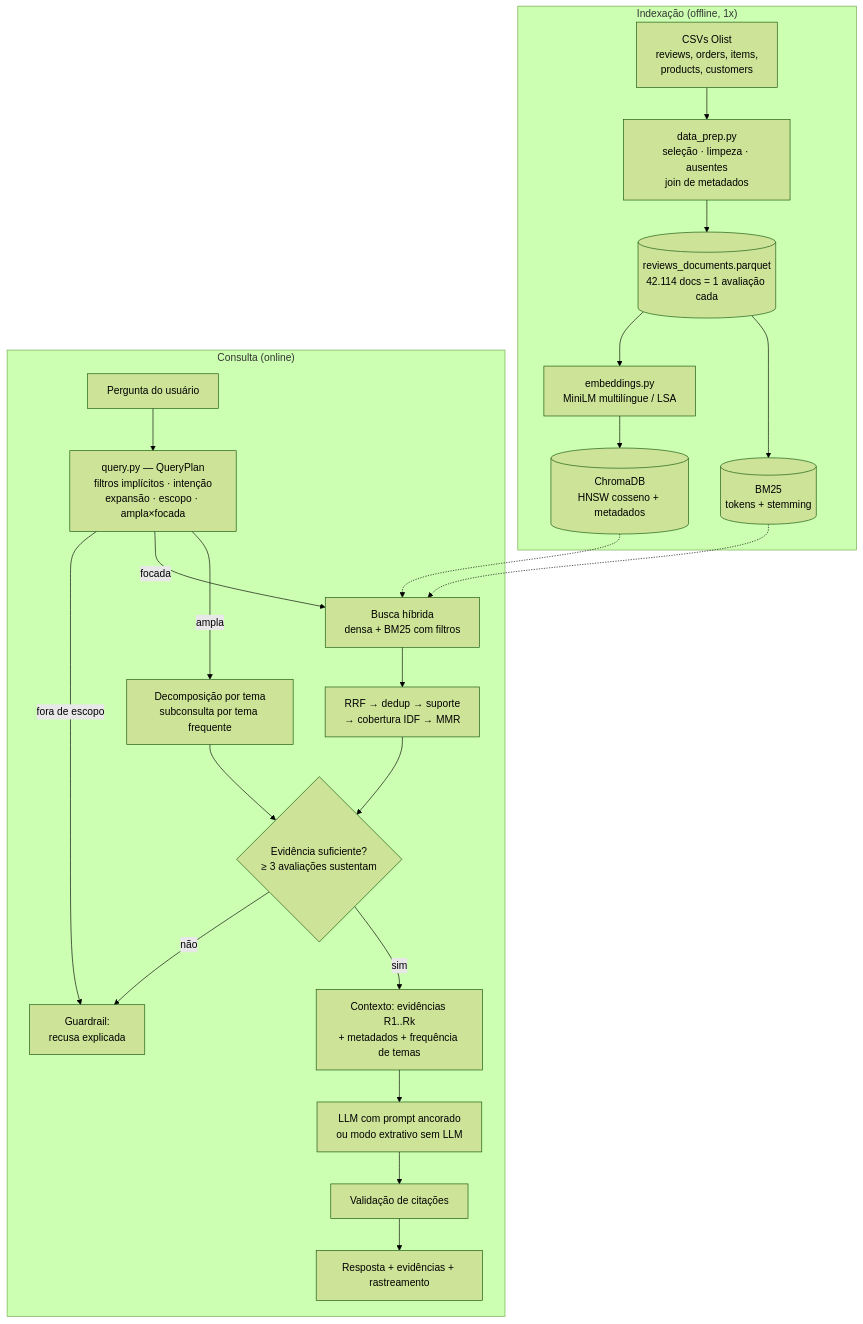
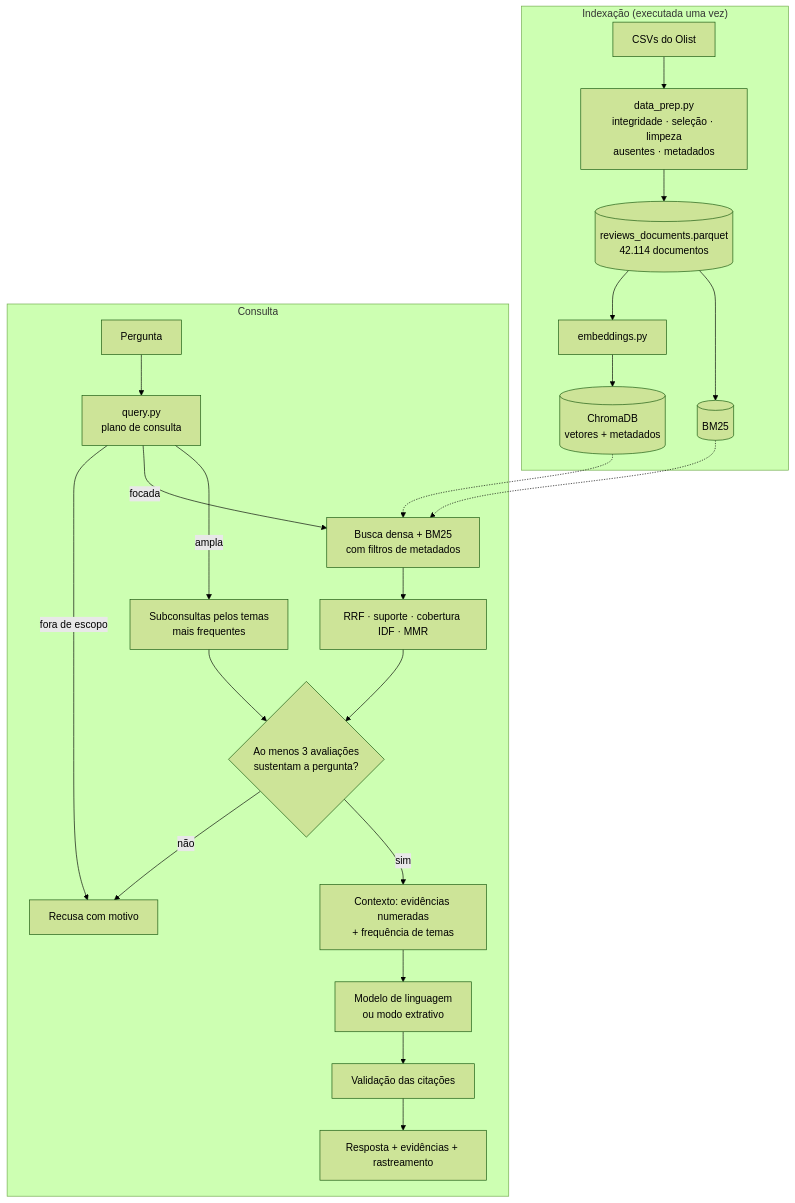
One commit to Reis-Bruno/tech-challenge-fase-4 changed the diagram in README.md. Above: the diagram before and after it, drawn with Mermaid (forest theme). The commit also changed other lines of this file and 13 other files, not shown here.

````diff
--- a/README.md
+++ b/README.md
@@ -32,27 +55,27 @@
 ```mermaid
 flowchart TD
-    subgraph OFF["Indexação (offline, 1x)"]
-        A[CSVs Olist<br/>reviews, orders, items,<br/>products, customers] --> B[data_prep.py<br/>seleção · limpeza · ausentes<br/>join de metadados]
-        B --> C[(reviews_documents.parquet<br/>42.114 docs = 1 avaliação cada)]
-        C --> D[embeddings.py<br/>MiniLM multilíngue / LSA]
-        D --> E[(ChromaDB<br/>HNSW cosseno + metadados)]
-        C --> F[(BM25<br/>tokens + stemming)]
+    subgraph OFF["Indexação (executada uma vez)"]
+        A[CSVs do Olist] --> B[data_prep.py<br/>integridade · seleção · limpeza<br/>ausentes · metadados]
+        B --> C[(reviews_documents.parquet<br/>42.114 documentos)]
+        C --> D[embeddings.py]
+        D --> E[(ChromaDB<br/>vetores + metadados)]
+        C --> F[(BM25)]
     end
 
-    subgraph ON["Consulta (online)"]
-        Q[Pergunta do usuário] --> P[query.py — QueryPlan<br/>filtros implícitos · intenção<br/>expansão · escopo · ampla×focada]
-        P -->|fora de escopo| X[Guardrail:<br/>recusa explicada]
-        P -->|focada| H[Busca híbrida<br/>densa + BM25 com filtros]
-        H --> R[RRF → dedup → suporte<br/>→ cobertura IDF → MMR]
-        P -->|ampla| T[Decomposição por tema<br/>subconsulta por tema frequente]
-        R --> S{Evidência suficiente?<br/>≥ 3 avaliações sustentam}
+    subgraph ON["Consulta"]
+        Q[Pergunta] --> P[query.py<br/>plano de consulta]
+        P -->|fora de escopo| X[Recusa com motivo]
+        P -->|focada| H[Busca densa + BM25<br/>com filtros de metadados]
+        H --> R[RRF · suporte · cobertura IDF · MMR]
+        P -->|ampla| T[Subconsultas pelos temas<br/>mais frequentes]
+        R --> S{Ao menos 3 avaliações<br/>sustentam a pergunta?}
         T --> S
         S -->|não| X
-        S -->|sim| K[Contexto: evidências R1..Rk<br/>+ metadados + frequência de temas]
-        K --> G[LLM com prompt ancorado<br/>ou modo extrativo sem LLM]
-        G --> V[Validação de citações]
+        S -->|sim| K[Contexto: evidências numeradas<br/>+ frequência de temas]
+        K --> G[Modelo de linguagem<br/>ou modo extrativo]
+        G --> V[Validação das citações]
         V --> O[Resposta + evidências + rastreamento]
     end
     E -.-> H
     F -.-> H
 ```
````
